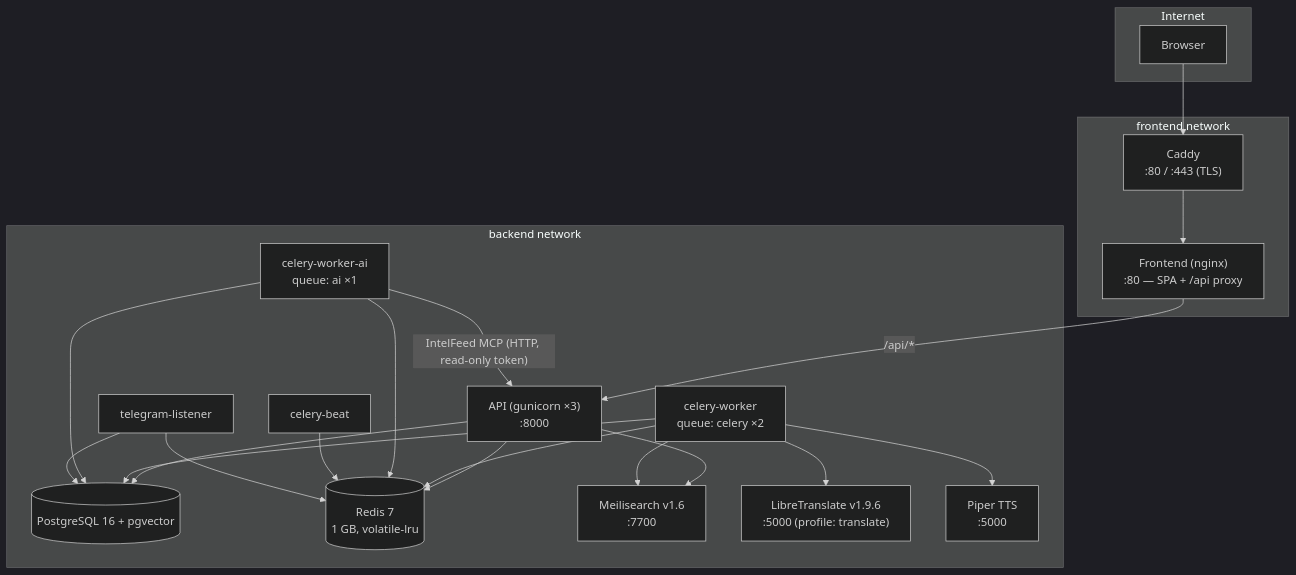
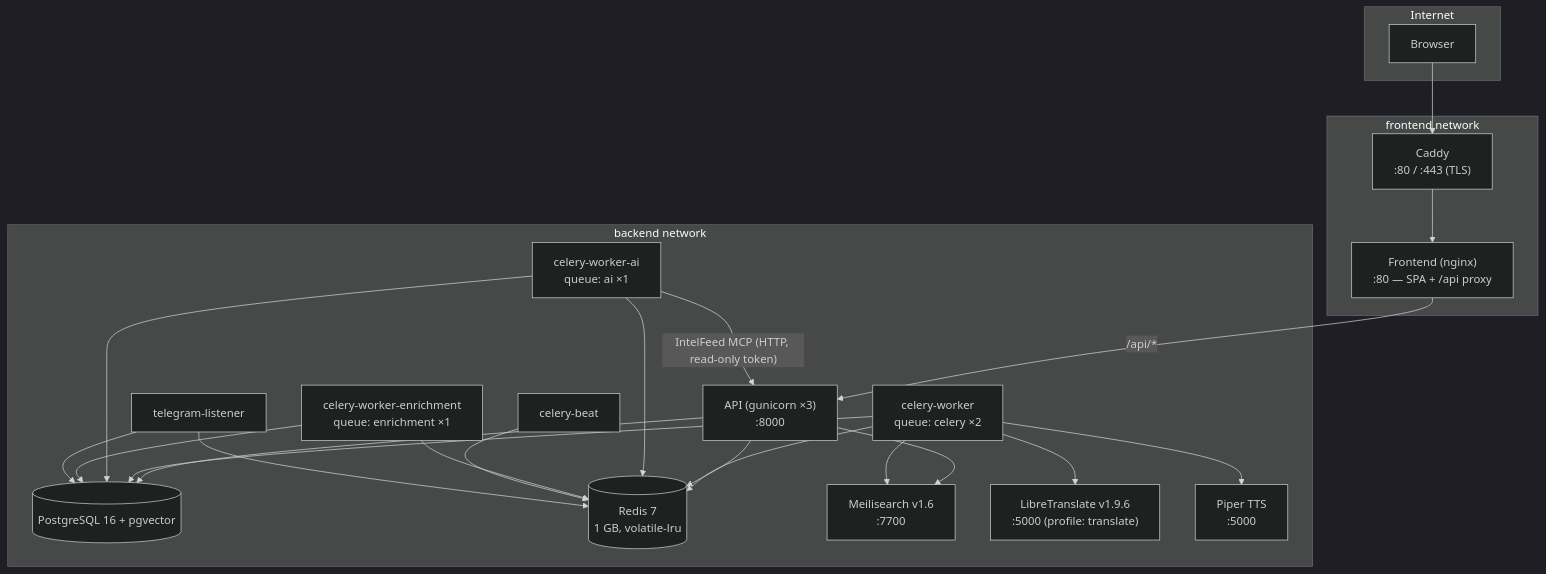
One commit to a-oneil/IntelFeed changed the diagram in docs/diagrams/operations-service-topology.md. Above: the diagram before and after it, drawn with Mermaid (dark theme). The commit also changed 401 other files, not shown here.

First line of the commit message:
Enrichment control plane, Review queue, Overview tab, engine switch and API hardening (#182)

````diff
--- a/docs/diagrams/operations-service-topology.md
+++ b/docs/diagrams/operations-service-topology.md
@@ -5,41 +5,44 @@
 ```mermaid
 graph TD
     subgraph internet [Internet]
         U[Browser]
     end
 
     subgraph fe [frontend network]
         Caddy["Caddy<br/>:80 / :443 (TLS)"]
         FE["Frontend (nginx)<br/>:80 — SPA + /api proxy"]
     end
 
     subgraph be [backend network]
         API["API (gunicorn ×3)<br/>:8000"]
         DB[("PostgreSQL 16 + pgvector")]
         R[("Redis 7<br/>1 GB, volatile-lru")]
         MS["Meilisearch v1.6<br/>:7700"]
         LT["LibreTranslate v1.9.6<br/>:5000 (profile: translate)"]
         P["Piper TTS<br/>:5000"]
         W["celery-worker<br/>queue: celery ×2"]
         WC["celery-worker-ai<br/>queue: ai ×1"]
+        WE["celery-worker-enrichment<br/>queue: enrichment ×1"]
         B["celery-beat"]
         TG["telegram-listener"]
     end
 
     U --> Caddy --> FE
     FE -- "/api/*" --> API
     API --> DB
     API --> R
     API --> MS
     W --> DB
     W --> R
     W --> MS
     W --> LT
     W --> P
     WC --> DB
     WC --> R
+    WE --> DB
+    WE --> R
     WC -- "IntelFeed MCP (HTTP, read-only token)" --> API
     B --> R
     TG --> DB
     TG --> R
 ```
````
